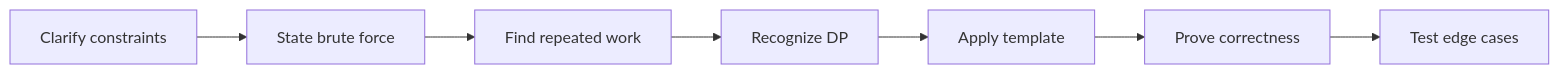
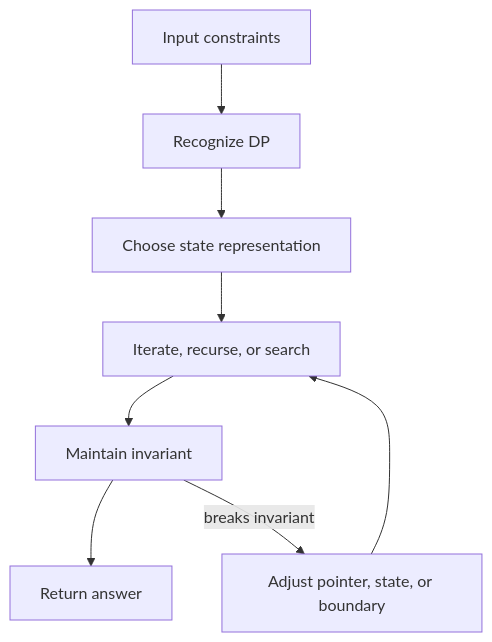
Before and after one commit to abstractinterviews/abstractinterviews.github.io: the second of 2 diagrams in coding-round/algorithms/dp/index.md, drawn with Mermaid. The commit also changed other lines of this file and 278 other files, not shown here.

````diff
--- a/coding-round/algorithms/dp/index.md
+++ b/coding-round/algorithms/dp/index.md
@@ -123,9 +121,10 @@
-~~~mermaid
-flowchart LR
-    A["Clarify constraints"] --> B["State brute force"]
-    B --> C["Find repeated work"]
-    C --> D["Recognize DP"]
-    D --> E["Apply template"]
-    E --> F["Prove correctness"]
-    F --> G["Test edge cases"]
-~~~
+```mermaid
+flowchart TD
+    Input["Input constraints"] --> Pattern["Recognize DP"]
+    Pattern --> State["Choose state representation"]
+    State --> Iterate["Iterate, recurse, or search"]
+    Iterate --> Check["Maintain invariant"]
+    Check --> Result["Return answer"]
+    Check -->|breaks invariant| Fix["Adjust pointer, state, or boundary"]
+    Fix --> Iterate
+```
````
